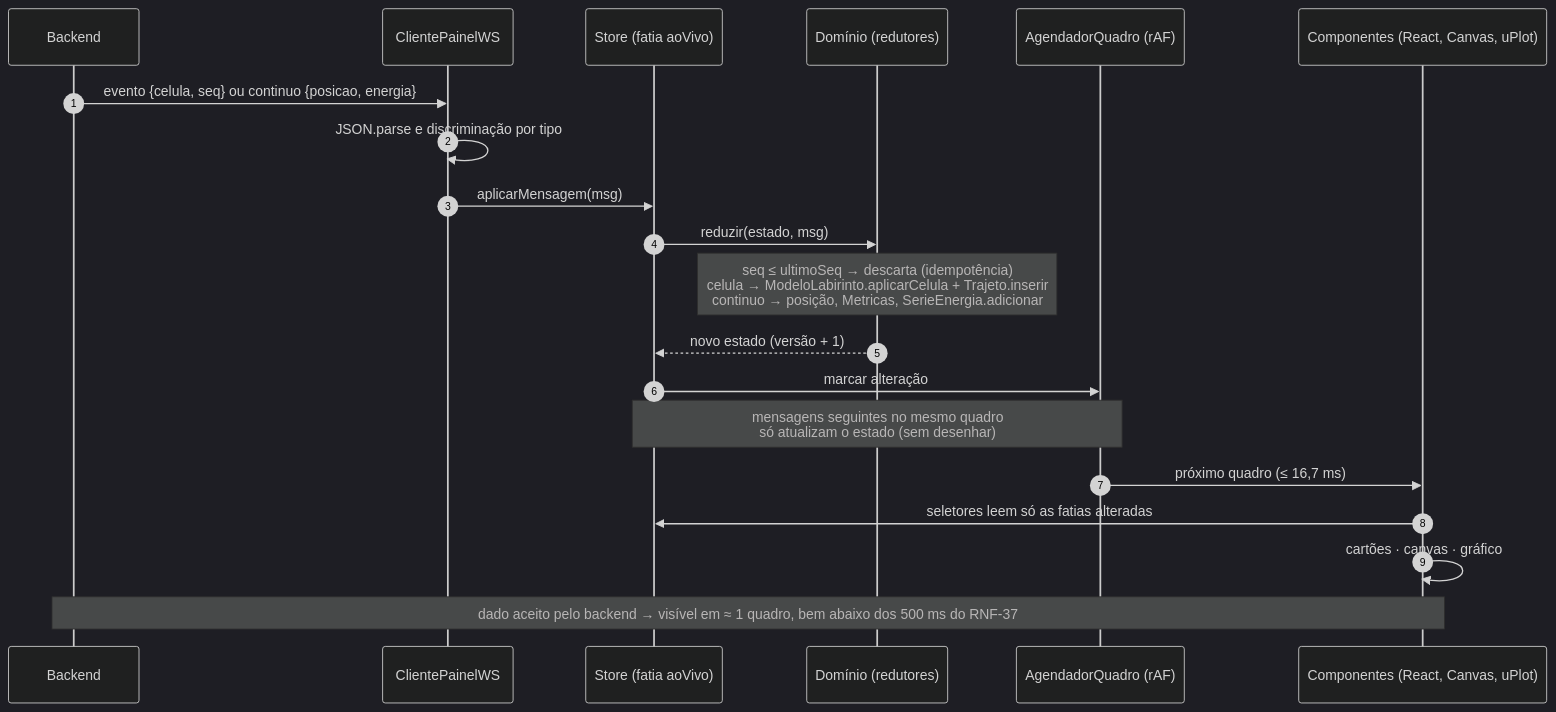
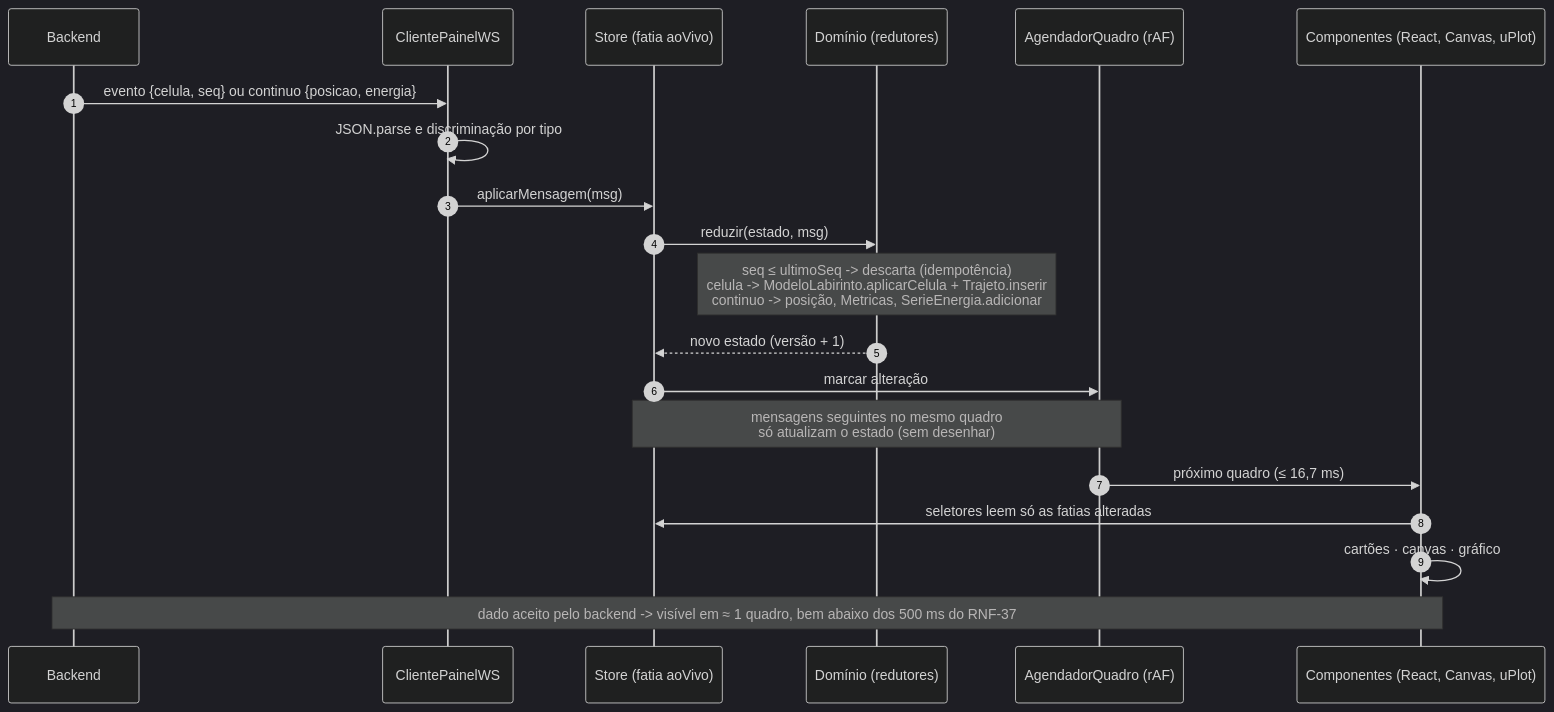
Before and after one commit to fcte-pi1/2026.2_PI1_Grupo1_Diogo: the diagram in docs/software/frontend/diagramas/arq-fe-05-seq-atualizacao.mmd, drawn with Mermaid (dark theme). The commit also changed 31 other files, not shown here.

```diff
--- a/docs/software/frontend/diagramas/arq-fe-05-seq-atualizacao.mmd
+++ b/docs/software/frontend/diagramas/arq-fe-05-seq-atualizacao.mmd
@@ -1,23 +1,23 @@
 %% Visão de processos do frontend — fluxo de uma atualização ao vivo (Issue #254)
 %% Renderizar: npx -p @mermaid-js/mermaid-cli mmdc -c mermaid-config.json -b white -i arq-fe-05-seq-atualizacao.mmd -s 2 -o arq-fe-05-seq-atualizacao.png
 sequenceDiagram
     autonumber
     participant BE as Backend
     participant WS as ClientePainelWS
     participant ST as Store (fatia aoVivo)
     participant DO as Domínio (redutores)
     participant QD as AgendadorQuadro (rAF)
     participant UI as Componentes (React, Canvas, uPlot)
 
     BE->>WS: evento {celula, seq} ou continuo {posicao, energia}
     WS->>WS: JSON.parse e discriminação por tipo
     WS->>ST: aplicarMensagem(msg)
     ST->>DO: reduzir(estado, msg)
-    Note over DO: seq ≤ ultimoSeq → descarta (idempotência)<br/>celula → ModeloLabirinto.aplicarCelula + Trajeto.inserir<br/>continuo → posição, Metricas, SerieEnergia.adicionar
+    Note over DO: seq ≤ ultimoSeq -> descarta (idempotência)<br/>celula -> ModeloLabirinto.aplicarCelula + Trajeto.inserir<br/>continuo -> posição, Metricas, SerieEnergia.adicionar
     DO-->>ST: novo estado (versão + 1)
     ST->>QD: marcar alteração
     Note over ST,QD: mensagens seguintes no mesmo quadro<br/>só atualizam o estado (sem desenhar)
     QD->>UI: próximo quadro (≤ 16,7 ms)
     UI->>ST: seletores leem só as fatias alteradas
     UI->>UI: cartões · canvas · gráfico
-    Note over BE,UI: dado aceito pelo backend → visível em ≈ 1 quadro, bem abaixo dos 500 ms do RNF-37
+    Note over BE,UI: dado aceito pelo backend -> visível em ≈ 1 quadro, bem abaixo dos 500 ms do RNF-37
```
